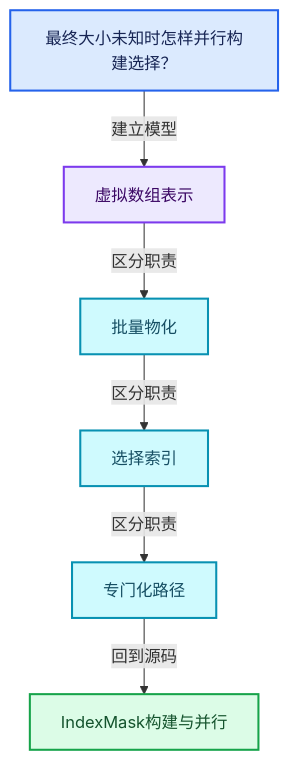
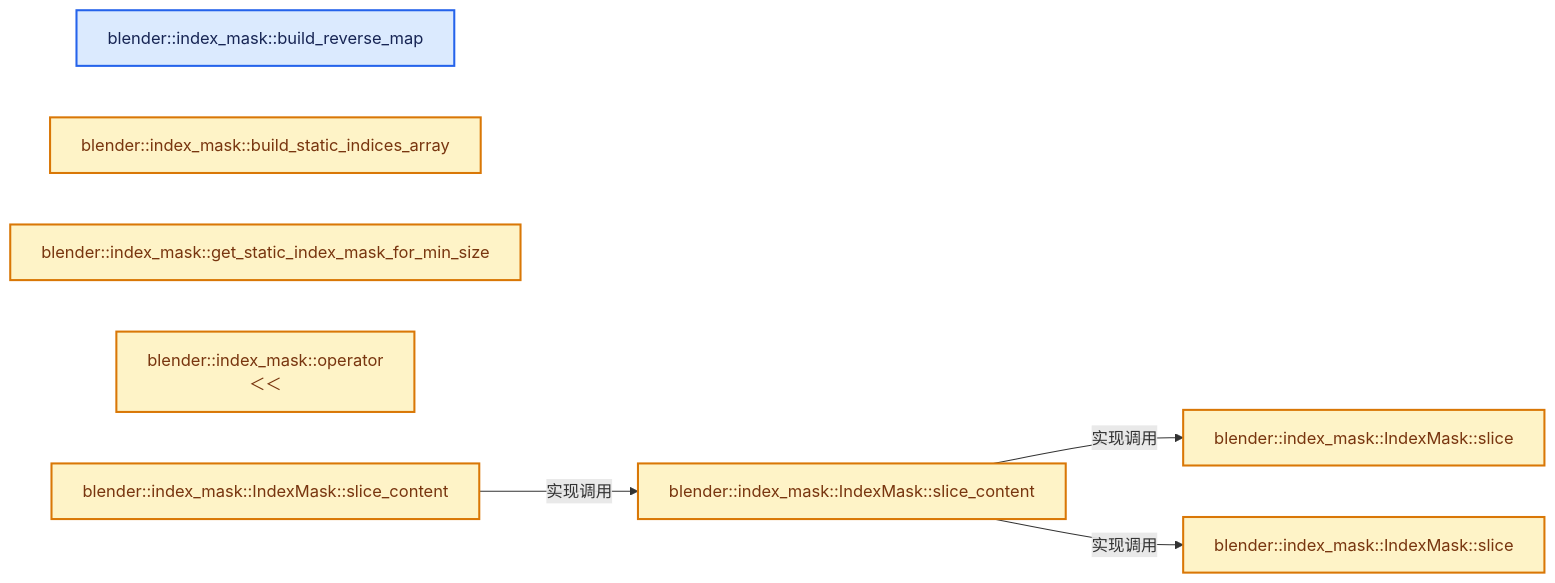
One commit to yunkezengren/blender-.vscode changed the second of 4 diagrams in 杂/markdown/全面学习-codex/04-虚拟数组与索引选择/10-IndexMask构建与并行.md. Above: the diagram before and after it, drawn with Mermaid. The commit also changed other lines of this file and 1930 other files, not shown here.

````diff
--- a/杂/markdown/全面学习-codex/04-虚拟数组与索引选择/10-IndexMask构建与并行.md
+++ b/杂/markdown/全面学习-codex/04-虚拟数组与索引选择/10-IndexMask构建与并行.md
@@ -60,20 +46,20 @@
 ```mermaid
-flowchart TB
-  Q["最终大小未知时怎样并行构建选择？"]:::input
-  C0["虚拟数组表示"]:::abstraction
-  C1["批量物化"]:::data
-  C2["选择索引"]:::data
-  C3["专门化路径"]:::data
-  R["IndexMask构建与并行"]:::result
-  Q -->|"建立模型"| C0
-  C0 -->|"区分职责"| C1
-  C1 -->|"区分职责"| C2
-  C2 -->|"区分职责"| C3
-  C3 -->|"回到源码"| R
+flowchart LR
+  F0["blender::index_mask::build_reverse_map"]:::input
+  F1["blender::index_mask::build_static_indices_array"]:::compute
+  F2["blender::index_mask::get_static_index_mask_for_min_size"]:::compute
+  F3["blender::index_mask::operator＜＜"]:::compute
+  F4["blender::index_mask::IndexMask::slice"]:::compute
+  F5["blender::index_mask::IndexMask::slice"]:::compute
+  F6["blender::index_mask::IndexMask::slice_content"]:::compute
+  F7["blender::index_mask::IndexMask::slice_content"]:::compute
+  F6 -->|"实现调用"| F7
+  F7 -->|"实现调用"| F4
+  F7 -->|"实现调用"| F5
   classDef input fill:#DBEAFE,stroke:#2563EB,color:#172554,stroke-width:2px;
   classDef data fill:#CFFAFE,stroke:#0891B2,color:#164E63,stroke-width:2px;
   classDef abstraction fill:#EDE9FE,stroke:#7C3AED,color:#3B0764,stroke-width:2px;
   classDef compute fill:#FEF3C7,stroke:#D97706,color:#78350F,stroke-width:2px;
   classDef result fill:#DCFCE7,stroke:#16A34A,color:#14532D,stroke-width:2px;
   classDef error fill:#FEE2E2,stroke:#DC2626,color:#7F1D1D,stroke-width:2px;
 ```
````
